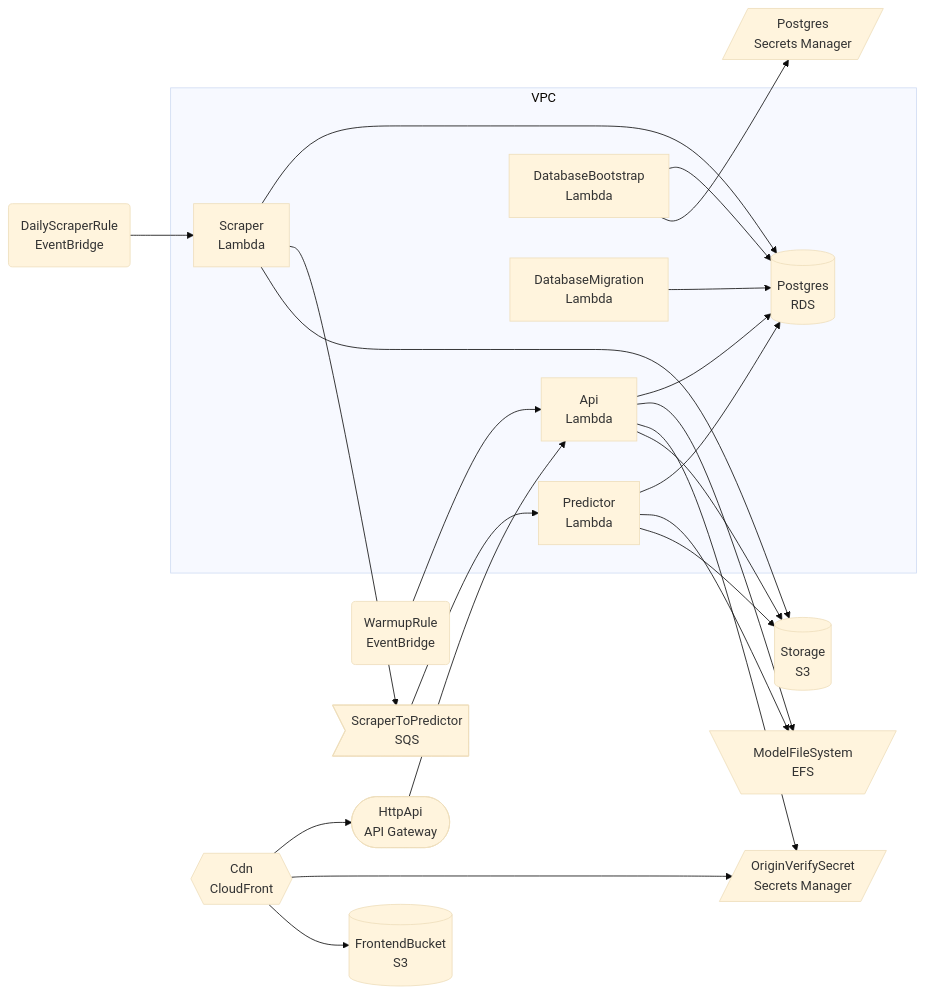
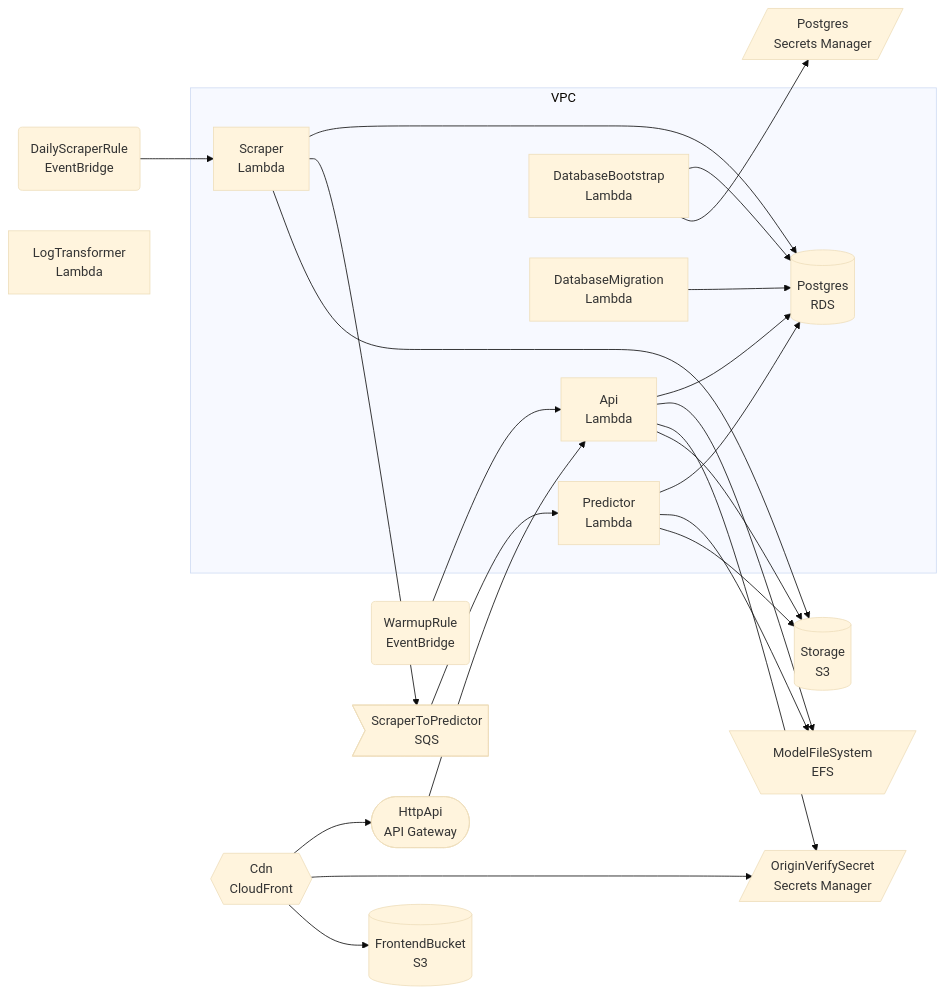
One commit to dagda1/match-predictor changed the first of 2 diagrams in README.md. Above: the diagram before and after it, drawn with Mermaid (base theme). The commit also changed 7 other files, not shown here.

Commit message:
chore: add Lambda transformer function to Firehose delivery stream for log processing with NodeJS function integration

````diff
--- a/README.md
+++ b/README.md
@@ -95,41 +95,42 @@
 ```mermaid
 graph LR
   subgraph VPC
     ApiApiFunctionAA82C666["Api<br/>Lambda"]
     DatabaseBootstrapHandlerFunction53F1278C["DatabaseBootstrap<br/>Lambda"]
     DatabaseMigrationHandlerFunction71FE854B["DatabaseMigration<br/>Lambda"]
     DatabasePostgres277EF4CB[("Postgres<br/>RDS")]
     EtlFunctionsPredictorFunctionE33E3D43["Predictor<br/>Lambda"]
     EtlFunctionsScraperFunctionF099BA00["Scraper<br/>Lambda"]
   end
   ApiHttpApi4C294DC0(["HttpApi<br/>API Gateway"])
   ApiWarmupRuleFD0BC37F("WarmupRule<br/>EventBridge")
   CdnDistribution149FA6C8{{"Cdn<br/>CloudFront"}}
   DatabasePostgresSecret6EBE3413[/"Postgres<br/>Secrets Manager"/]
   EventBridgeDailyScraperRule9BFD8304("DailyScraperRule<br/>EventBridge")
+  FirehoseFunctionsLogTransformerFunctionE1614C32["LogTransformer<br/>Lambda"]
   ModelStorageModelFileSystem7131CD34[\"ModelFileSystem<br/>EFS"/]
   QueuingScraperToPredictor12C65B00>"ScraperToPredictor<br/>SQS"]
   SecretsOriginVerifySecret2207D00B[/"OriginVerifySecret<br/>Secrets Manager"/]
   StorageBucket5CB7C8EA[("Storage<br/>S3")]
   StorageFrontendBucketC065FEEF[("FrontendBucket<br/>S3")]
   ApiApiFunctionAA82C666 --> DatabasePostgres277EF4CB
   ApiApiFunctionAA82C666 --> ModelStorageModelFileSystem7131CD34
   ApiApiFunctionAA82C666 --> SecretsOriginVerifySecret2207D00B
   ApiApiFunctionAA82C666 --> StorageBucket5CB7C8EA
   ApiHttpApi4C294DC0 --> ApiApiFunctionAA82C666
   ApiWarmupRuleFD0BC37F --> ApiApiFunctionAA82C666
   CdnDistribution149FA6C8 --> ApiHttpApi4C294DC0
   CdnDistribution149FA6C8 --> SecretsOriginVerifySecret2207D00B
   CdnDistribution149FA6C8 --> StorageFrontendBucketC065FEEF
   DatabaseBootstrapHandlerFunction53F1278C --> DatabasePostgres277EF4CB
   DatabaseBootstrapHandlerFunction53F1278C --> DatabasePostgresSecret6EBE3413
   DatabaseMigrationHandlerFunction71FE854B --> DatabasePostgres277EF4CB
   EtlFunctionsPredictorFunctionE33E3D43 --> DatabasePostgres277EF4CB
   EtlFunctionsPredictorFunctionE33E3D43 --> ModelStorageModelFileSystem7131CD34
   EtlFunctionsPredictorFunctionE33E3D43 --> StorageBucket5CB7C8EA
   EtlFunctionsScraperFunctionF099BA00 --> DatabasePostgres277EF4CB
   EtlFunctionsScraperFunctionF099BA00 --> QueuingScraperToPredictor12C65B00
   EtlFunctionsScraperFunctionF099BA00 --> StorageBucket5CB7C8EA
   EventBridgeDailyScraperRule9BFD8304 --> EtlFunctionsScraperFunctionF099BA00
   QueuingScraperToPredictor12C65B00 --> EtlFunctionsPredictorFunctionE33E3D43
 ```
````
